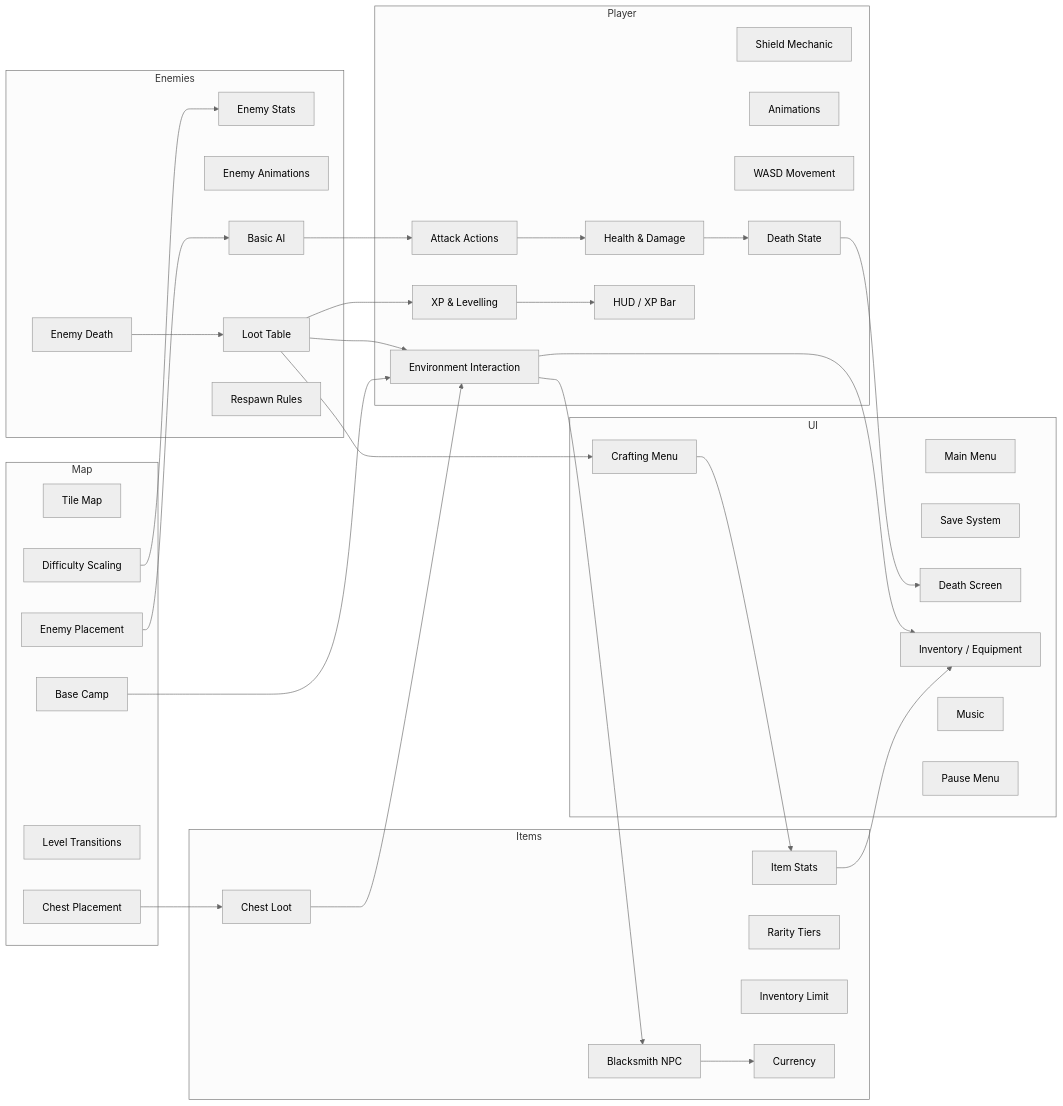
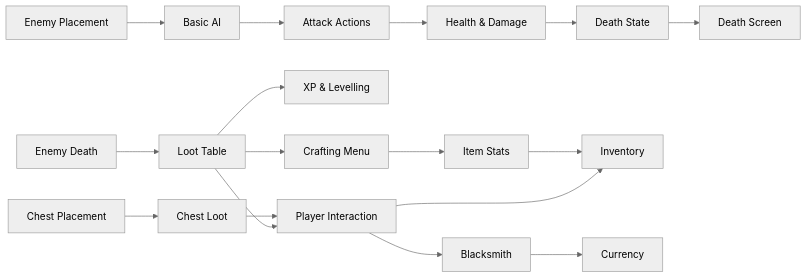
One commit to Ryszardoo/Mushroom-Slasher changed the diagram in README.md. Above: the diagram before and after it, drawn with Mermaid (neutral theme). The commit also changed other lines of this file and 1 other file, not shown here.

Commit message:
Update of Readme and adding Dependencie graph

````diff
--- a/README.md
+++ b/README.md
@@ -1,81 +63,25 @@
 ```mermaid
 graph LR
 
-subgraph Player
-PL01["XP & Levelling"]
-PL02["Health & Damage"]
-PL03["Shield Mechanic"]
-PL04["Animations"]
-PL05["WASD Movement"]
-PL06["Attack Actions"]
-PL07["Environment Interaction"]
-PL08["Death State"]
-PL09["HUD / XP Bar"]
-end
+MP02[Enemy Placement] --> EN03[Basic AI]
+EN03 --> PL06[Attack Actions]
+PL06 --> PL02[Health & Damage]
+PL02 --> PL08[Death State]
+PL08 --> UI03[Death Screen]
 
-subgraph Enemies
-EN01["Enemy Stats"]
-EN02["Enemy Animations"]
-EN03["Basic AI"]
-EN04["Loot Table"]
-EN05["Enemy Death"]
-EN06["Respawn Rules"]
-end
+EN05[Enemy Death] --> EN04[Loot Table]
+EN04 --> PL01[XP & Levelling]
+EN04 --> PL07[Player Interaction]
 
-subgraph Map
-MP01["Tile Map"]
-MP02["Enemy Placement"]
-MP03["Base Camp"]
-MP04["Chest Placement"]
-MP05["Level Transitions"]
-MP06["Difficulty Scaling"]
-end
-
-subgraph UI
-UI01["Main Menu"]
-UI02["Save System"]
-UI03["Death Screen"]
-UI04["Crafting Menu"]
-UI05["Inventory / Equipment"]
-UI06["Music"]
-UI07["Pause Menu"]
-end
-
-subgraph Items
-IT01["Item Stats"]
-IT02["Rarity Tiers"]
-IT03["Chest Loot"]
-IT04["Inventory Limit"]
-IT05["Blacksmith NPC"]
-IT06["Currency"]
-end
-
-%% Dependencies extracted from the file
-
-PL02 --> PL08
-PL08 --> UI03
-PL01 --> PL09
-
-EN05 --> EN04
-EN04 --> PL01
-EN04 --> PL07
-EN04 --> UI04
-
-PL07 --> UI05
-PL07 --> IT05
-
-MP04 --> IT03
+MP04[Chest Placement] --> IT03[Chest Loot]
 IT03 --> PL07
 
-UI04 --> IT01
+PL07 --> UI05[Inventory]
+PL07 --> IT05[Blacksmith]
+
+IT05 --> IT06[Currency]
+
+EN04 --> UI04[Crafting Menu]
+UI04 --> IT01[Item Stats]
 IT01 --> UI05
-
-IT05 --> IT06
-
-MP02 --> EN03
-EN03 --> PL06
-PL06 --> PL02
-
-MP03 --> PL07
-MP06 --> EN01
 ```
````
